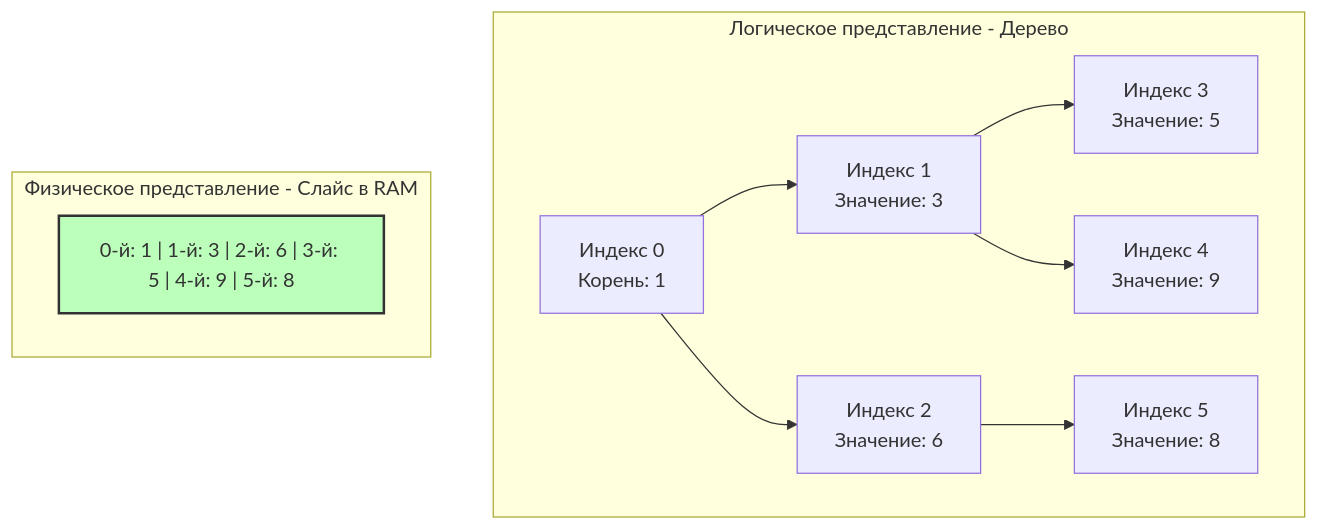
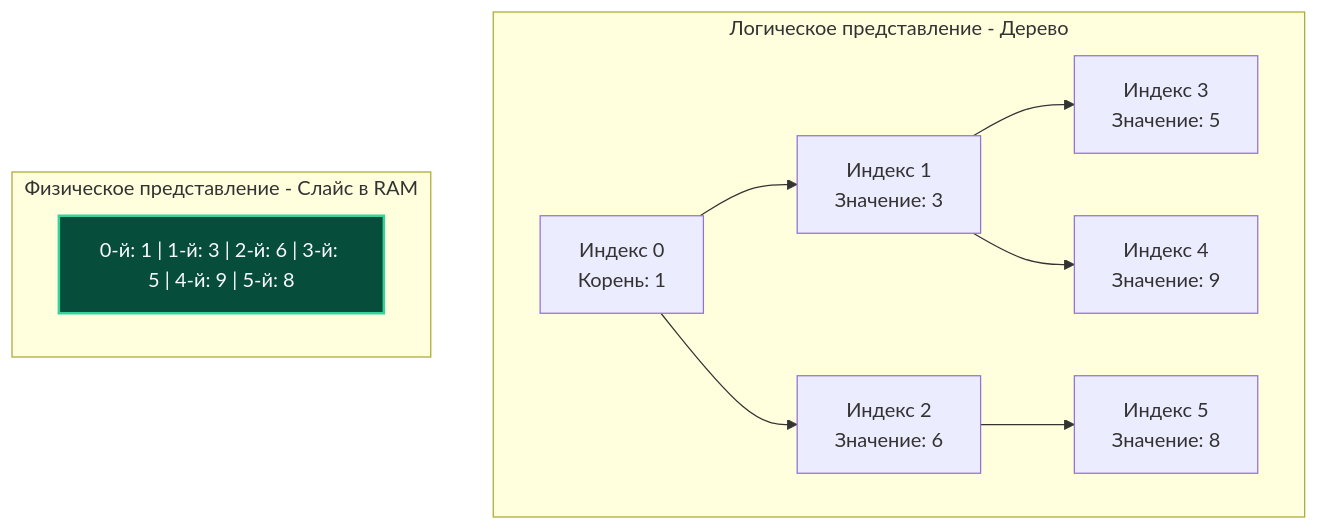
One commit to UnrealTemplier/go-textbook changed the diagram in sources/21. Задачи с LeetCode и собеседований на Go/02. Задачи/16. Кучи и Top K/1. Теория. Кучи.md. Above: the diagram before and after it, drawn with Mermaid. The commit also changed 310 other files, not shown here.

First line of the commit message:
fix(mermaid): replace light fill colors with dark palette for readability on dark theme

````diff
--- a/sources/21. Задачи с LeetCode и собеседований на Go/02. Задачи/16. Кучи и Top K/1. Теория. Кучи.md
+++ b/sources/21. Задачи с LeetCode и собеседований на Go/02. Задачи/16. Кучи и Top K/1. Теория. Кучи.md
@@ -35,16 +35,16 @@
 ```mermaid
 graph TD
     subgraph "Логическое представление - Дерево"
         A["Индекс 0<br>Корень: 1"] --> B["Индекс 1<br>Значение: 3"]
         A --> C["Индекс 2<br>Значение: 6"]
         B --> D["Индекс 3<br>Значение: 5"]
         B --> E["Индекс 4<br>Значение: 9"]
         C --> F["Индекс 5<br>Значение: 8"]
     end
 
     subgraph "Физическое представление - Слайс в RAM"
         S["0-й: 1 | 1-й: 3 | 2-й: 6 | 3-й: 5 | 4-й: 9 | 5-й: 8"]
     end
     
-    style S fill:#bfb,stroke:#333,stroke-width:2px
+    style S fill:#064e3b,stroke:#34d399,stroke-width:2px,color:#f8fafc
 ```
````
